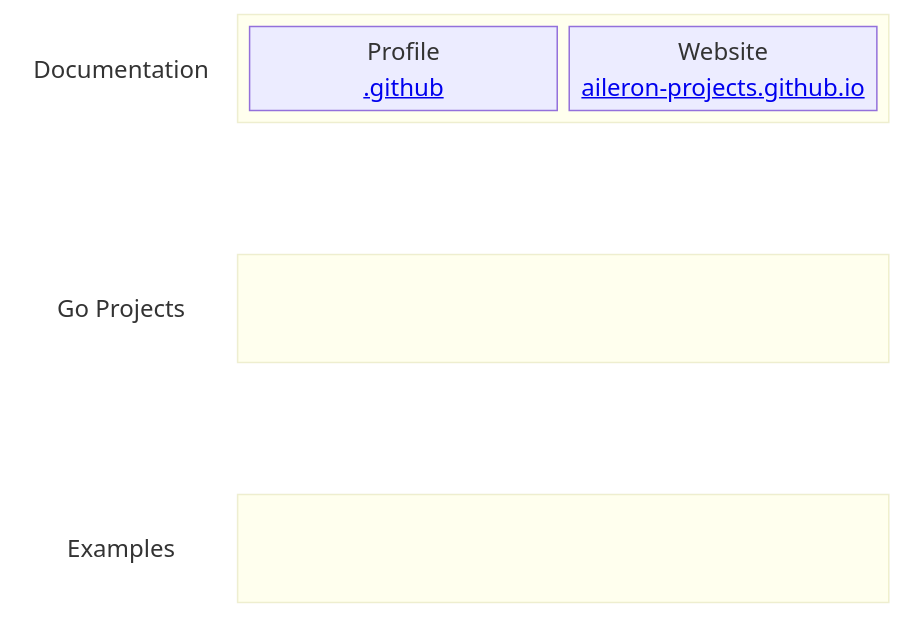
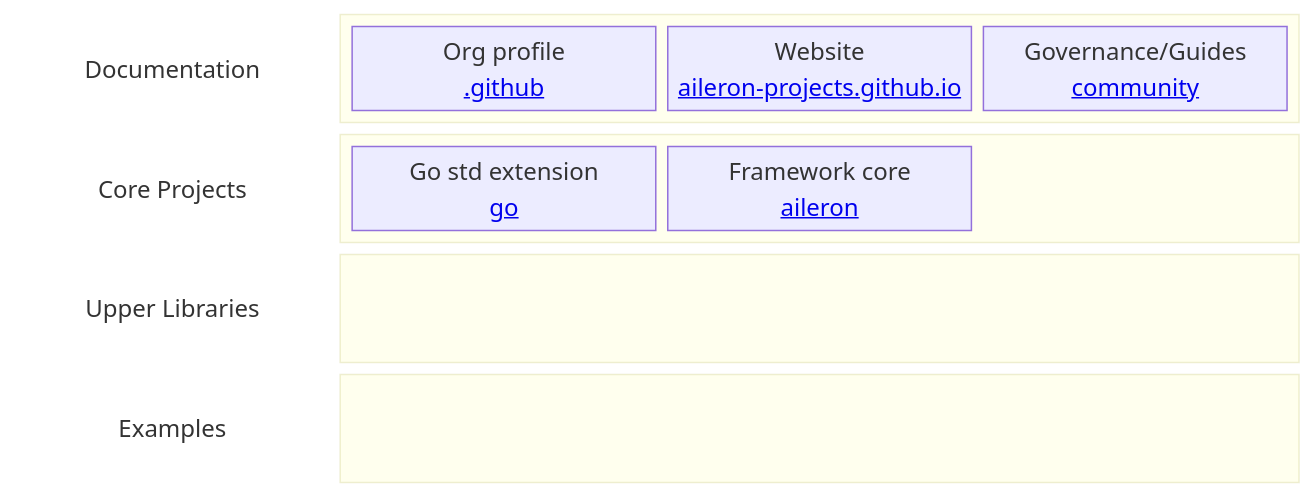
Before and after one commit to aileron-projects/.github: the diagram in profile/README.md, drawn with Mermaid. The commit also changed other lines of this file and 2 other files, not shown here.

Commit message:
update profile

````diff
--- a/profile/README.md
+++ b/profile/README.md
@@ -25,26 +32,33 @@
 ```mermaid
 block-beta
   columns 4
 
   Documentation
   block:docs:3
-    github["Profile</br><a href="https://github.com/aileron-projects/.github">.github</a>"]
+    github["Org profile</br><a href="https://github.com/aileron-projects/.github">.github</a>"]
     githubio["Website</br><a href="https://github.com/aileron-projects/aileron-projects.github.io">aileron-projects.github.io</a>"]
+    community["Governance/Guides</br><a href="https://github.com/aileron-projects/community">community</a>"]
   end
-  space:4
 
-  GoProjects["Go Projects"]
-  block:go:3
+  Cores["Core Projects"]
+  block:core:3
+    go["Go std extension</br><a href="https://github.com/aileron-projects/go">go</a>"]
+    aileron["Framework core</br><a href="https://github.com/aileron-projects/aileron">aileron</a>"]
+    space
+  end
+
+  Libraries["Upper Libraries"]
+  block:lib:3
     space:3
   end
-  space:4
 
   Examples
   block:example:3
     space:3
   end
 
 style Documentation fill:transparent,stroke:none
-style GoProjects fill:transparent,stroke:none
+style Cores fill:transparent,stroke:none
+style Libraries fill:transparent,stroke:none
 style Examples fill:transparent,stroke:none
 ```
````
